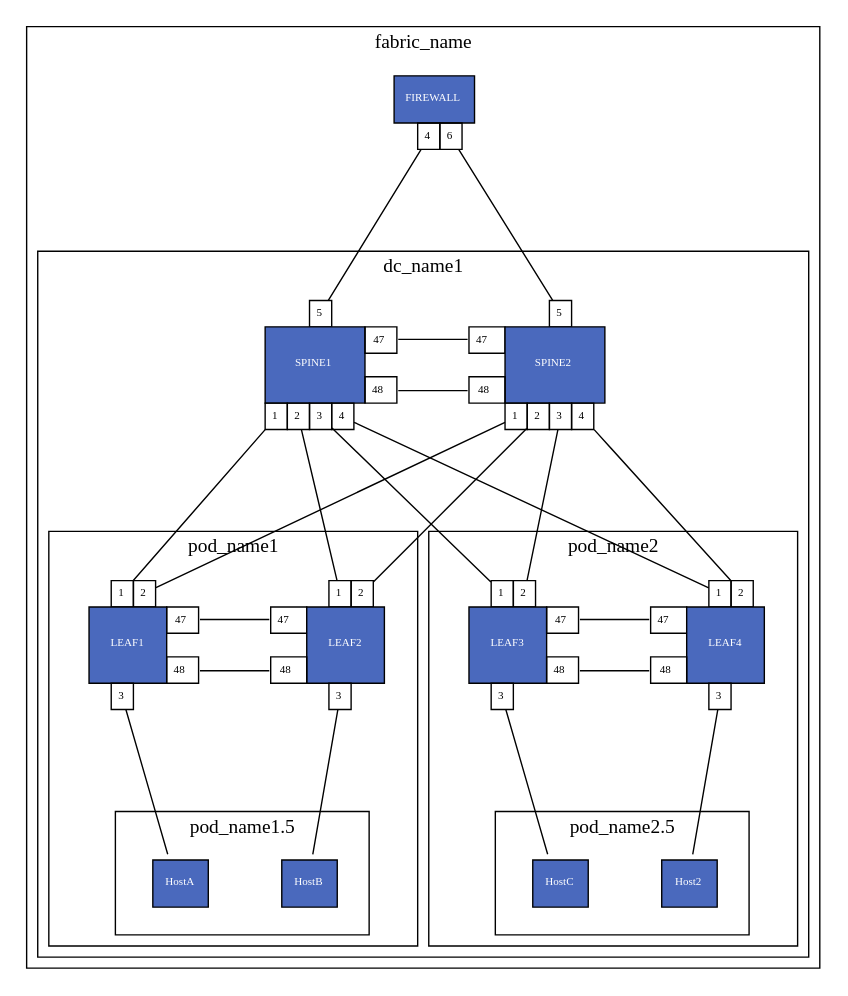
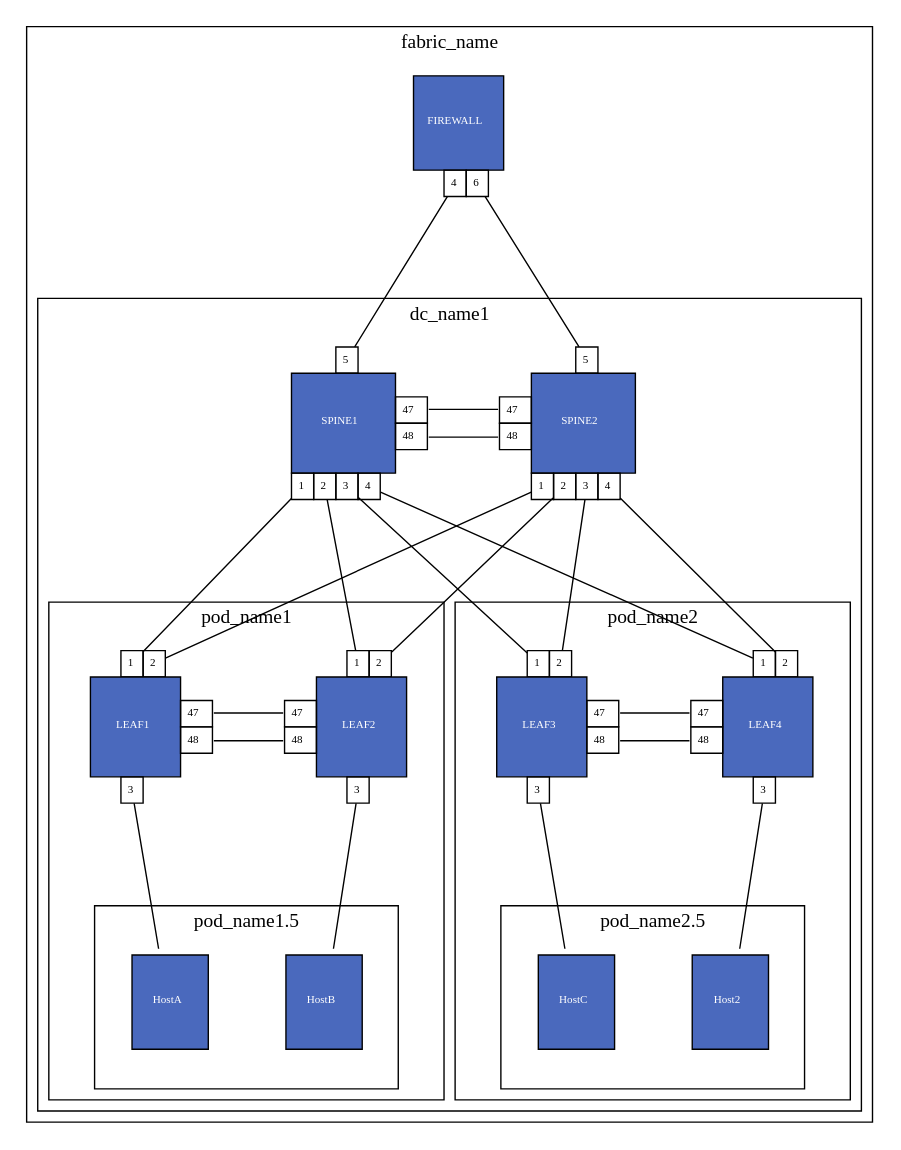
One commit to KonikaChaurasiya-GSLab/ansible-avd changed the diagram in ansible_collections/arista/avd/roles/topology_generator/tasks/topology.gv. Above: the diagram before and after it, drawn with Graphviz. The commit also changed 44 other files, not shown here.

```diff
--- a/ansible_collections/arista/avd/roles/topology_generator/tasks/topology.gv
+++ b/ansible_collections/arista/avd/roles/topology_generator/tasks/topology.gv
@@ -9,7 +9,7 @@
 		labelloc=t
 		{
 			rank=same
-			FIREWALL [label=<<TABLE BORDER="0" CELLBORDER="1" CELLSPACING="0" CELLPADDING="4"><TR><TD  BORDER="0" > </TD><TD BGCOLOR="#4a69bd" COLSPAN="5" ROWSPAN="2"> <FONT COLOR="#ffffff">FIREWALL</FONT></TD><TD  BORDER="0" ></TD></TR><TR> <TD  BORDER="0" > </TD><TD BORDER="0" ></TD> </TR><TR><TD BORDER="0" ></TD><TD BORDER="0" ></TD><TD BORDER="0" ></TD><TD PORT="4">4</TD><TD PORT="6">6</TD><TD BORDER="0" ></TD><TD BORDER="0" ></TD></TR></TABLE>>]
+			FIREWALL [label=<<TABLE BORDER="0" CELLBORDER="1" CELLSPACING="0" CELLPADDING="4"><TR><TD  BORDER="0" > </TD><TD BGCOLOR="#4a69bd" COLSPAN="5" ROWSPAN="4"> <FONT COLOR="#ffffff">FIREWALL</FONT> </TD><TD  BORDER="0" > </TD></TR><TR> <TD  BORDER="0" > </TD><TD BORDER="0" > </TD> </TR><TR> <TD  BORDER="0" > </TD><TD BORDER="0" > </TD> </TR><TR> <TD  BORDER="0" > </TD><TD BORDER="0" > </TD> </TR><TR><TD BORDER="0" > </TD><TD BORDER="0" > </TD><TD BORDER="0" > </TD><TD PORT="4">4</TD><TD PORT="6">6</TD><TD BORDER="0" > </TD><TD BORDER="0" > </TD></TR></TABLE>>]
 		}
 		ranksep=0.7
 		subgraph cluster_child_dc_name1 {
@@ -17,8 +17,8 @@
 			labelloc=t
 			{
 				rank=same
-				SPINE1 [label=<<TABLE BORDER="0" CELLBORDER="1" CELLSPACING="0" CELLPADDING="4"><TR><TD BORDER="0" ></TD><TD BORDER="0" ></TD><TD BORDER="0" ></TD><TD PORT="5">5</TD><TD BORDER="0" ></TD><TD BORDER="0" ></TD><TD BORDER="0" ></TD></TR><TR><TD  BORDER="0" >  </TD><TD BGCOLOR="#4a69bd" COLSPAN="5" ROWSPAN="3"> <FONT COLOR="#ffffff">SPINE1</FONT></TD><TD PORT="47" >47</TD></TR><TR> <TD  BORDER="0" > </TD><TD BORDER="0" ></TD> </TR><TR> <TD BORDER="0" ></TD> <TD PORT="48" > 48</TD></TR><TR><TD BORDER="0" ></TD><TD PORT="1">1</TD><TD PORT="2">2</TD><TD PORT="3">3</TD><TD PORT="4">4</TD><TD BORDER="0" ></TD><TD BORDER="0" ></TD></TR></TABLE>>]
-				SPINE2 [label=<<TABLE BORDER="0" CELLBORDER="1" CELLSPACING="0" CELLPADDING="4"><TR><TD BORDER="0" ></TD><TD BORDER="0" ></TD><TD BORDER="0" ></TD><TD PORT="5">5</TD><TD BORDER="0" ></TD><TD BORDER="0" ></TD><TD BORDER="0" ></TD></TR><TR><TD PORT="47" > 47 </TD><TD BGCOLOR="#4a69bd" COLSPAN="5" ROWSPAN="3"> <FONT COLOR="#ffffff">SPINE2</FONT></TD><TD  BORDER="0" ></TD></TR><TR> <TD  BORDER="0" > </TD><TD BORDER="0" ></TD> </TR><TR> <TD PORT="48" > 48</TD><TD BORDER="0" ></TD> </TR><TR><TD BORDER="0" ></TD><TD PORT="1">1</TD><TD PORT="2">2</TD><TD PORT="3">3</TD><TD PORT="4">4</TD><TD BORDER="0" ></TD><TD BORDER="0" ></TD></TR></TABLE>>]
+				SPINE1 [label=<<TABLE BORDER="0" CELLBORDER="1" CELLSPACING="0" CELLPADDING="4"><TR><TD BORDER="0" > </TD><TD BORDER="0" > </TD><TD BORDER="0" > </TD><TD PORT="5">5</TD><TD BORDER="0" > </TD><TD BORDER="0" > </TD><TD BORDER="0" > </TD></TR><TR><TD  BORDER="0" >  </TD><TD BGCOLOR="#4a69bd" COLSPAN="5" ROWSPAN="4"> <FONT COLOR="#ffffff">SPINE1</FONT> </TD><TD BORDER="0" > </TD></TR><TR> <TD BORDER="0" > </TD> <TD PORT="47" > 47</TD></TR><TR> <TD BORDER="0" > </TD> <TD PORT="48" > 48</TD></TR><TR> <TD  BORDER="0" > </TD><TD BORDER="0" > </TD> </TR><TR><TD BORDER="0" > </TD><TD PORT="1">1</TD><TD PORT="2">2</TD><TD PORT="3">3</TD><TD PORT="4">4</TD><TD BORDER="0" > </TD><TD BORDER="0" > </TD></TR></TABLE>>]
+				SPINE2 [label=<<TABLE BORDER="0" CELLBORDER="1" CELLSPACING="0" CELLPADDING="4"><TR><TD BORDER="0" > </TD><TD BORDER="0" > </TD><TD BORDER="0" > </TD><TD PORT="5">5</TD><TD BORDER="0" > </TD><TD BORDER="0" > </TD><TD BORDER="0" > </TD></TR><TR><TD BORDER="0" > </TD><TD BGCOLOR="#4a69bd" COLSPAN="5" ROWSPAN="4"> <FONT COLOR="#ffffff">SPINE2</FONT> </TD><TD  BORDER="0" > </TD></TR><TR> <TD PORT="47" > 47</TD><TD BORDER="0" > </TD> </TR><TR> <TD PORT="48" > 48</TD><TD BORDER="0" > </TD> </TR><TR> <TD  BORDER="0" > </TD><TD BORDER="0" > </TD> </TR><TR><TD BORDER="0" > </TD><TD PORT="1">1</TD><TD PORT="2">2</TD><TD PORT="3">3</TD><TD PORT="4">4</TD><TD BORDER="0" > </TD><TD BORDER="0" > </TD></TR></TABLE>>]
 			}
 			ranksep=0.7
 			subgraph cluster_child_pod_name1 {
@@ -26,8 +26,8 @@
 				labelloc=t
 				{
 					rank=same
-					LEAF1 [label=<<TABLE BORDER="0" CELLBORDER="1" CELLSPACING="0" CELLPADDING="4"><TR><TD BORDER="0" ></TD><TD BORDER="0" ></TD><TD BORDER="0" ></TD><TD PORT="1">1</TD><TD PORT="2">2</TD><TD BORDER="0" ></TD><TD BORDER="0" ></TD></TR><TR><TD  BORDER="0" >  </TD><TD BGCOLOR="#4a69bd" COLSPAN="5" ROWSPAN="3"> <FONT COLOR="#ffffff">LEAF1</FONT></TD><TD PORT="47" >47</TD></TR><TR> <TD  BORDER="0" > </TD><TD BORDER="0" ></TD> </TR><TR> <TD BORDER="0" ></TD> <TD PORT="48" > 48</TD></TR><TR><TD BORDER="0" ></TD><TD BORDER="0" ></TD><TD BORDER="0" ></TD><TD PORT="3">3</TD><TD BORDER="0" ></TD><TD BORDER="0" ></TD><TD BORDER="0" ></TD></TR></TABLE>>]
-					LEAF2 [label=<<TABLE BORDER="0" CELLBORDER="1" CELLSPACING="0" CELLPADDING="4"><TR><TD BORDER="0" ></TD><TD BORDER="0" ></TD><TD BORDER="0" ></TD><TD PORT="1">1</TD><TD PORT="2">2</TD><TD BORDER="0" ></TD><TD BORDER="0" ></TD></TR><TR><TD PORT="47" > 47 </TD><TD BGCOLOR="#4a69bd" COLSPAN="5" ROWSPAN="3"> <FONT COLOR="#ffffff">LEAF2</FONT></TD><TD  BORDER="0" ></TD></TR><TR> <TD  BORDER="0" > </TD><TD BORDER="0" ></TD> </TR><TR> <TD PORT="48" > 48</TD><TD BORDER="0" ></TD> </TR><TR><TD BORDER="0" ></TD><TD BORDER="0" ></TD><TD BORDER="0" ></TD><TD PORT="3">3</TD><TD BORDER="0" ></TD><TD BORDER="0" ></TD><TD BORDER="0" ></TD></TR></TABLE>>]
+					LEAF1 [label=<<TABLE BORDER="0" CELLBORDER="1" CELLSPACING="0" CELLPADDING="4"><TR><TD BORDER="0" > </TD><TD BORDER="0" > </TD><TD BORDER="0" > </TD><TD PORT="1">1</TD><TD PORT="2">2</TD><TD BORDER="0" > </TD><TD BORDER="0" > </TD></TR><TR><TD  BORDER="0" >  </TD><TD BGCOLOR="#4a69bd" COLSPAN="5" ROWSPAN="4"> <FONT COLOR="#ffffff">LEAF1</FONT> </TD><TD BORDER="0" > </TD></TR><TR> <TD BORDER="0" > </TD> <TD PORT="47" > 47</TD></TR><TR> <TD BORDER="0" > </TD> <TD PORT="48" > 48</TD></TR><TR> <TD  BORDER="0" > </TD><TD BORDER="0" > </TD> </TR><TR><TD BORDER="0" > </TD><TD BORDER="0" > </TD><TD BORDER="0" > </TD><TD PORT="3">3</TD><TD BORDER="0" > </TD><TD BORDER="0" > </TD><TD BORDER="0" > </TD></TR></TABLE>>]
+					LEAF2 [label=<<TABLE BORDER="0" CELLBORDER="1" CELLSPACING="0" CELLPADDING="4"><TR><TD BORDER="0" > </TD><TD BORDER="0" > </TD><TD BORDER="0" > </TD><TD PORT="1">1</TD><TD PORT="2">2</TD><TD BORDER="0" > </TD><TD BORDER="0" > </TD></TR><TR><TD BORDER="0" > </TD><TD BGCOLOR="#4a69bd" COLSPAN="5" ROWSPAN="4"> <FONT COLOR="#ffffff">LEAF2</FONT> </TD><TD  BORDER="0" > </TD></TR><TR> <TD PORT="47" > 47</TD><TD BORDER="0" > </TD> </TR><TR> <TD PORT="48" > 48</TD><TD BORDER="0" > </TD> </TR><TR> <TD  BORDER="0" > </TD><TD BORDER="0" > </TD> </TR><TR><TD BORDER="0" > </TD><TD BORDER="0" > </TD><TD BORDER="0" > </TD><TD PORT="3">3</TD><TD BORDER="0" > </TD><TD BORDER="0" > </TD><TD BORDER="0" > </TD></TR></TABLE>>]
 				}
 				ranksep=0.7
 				subgraph "cluster_child_pod_name1.5" {
@@ -35,8 +35,8 @@
 					labelloc=t
 					{
 						rank=same
-						HostA [label=<<TABLE BORDER="0" CELLBORDER="1" CELLSPACING="0" CELLPADDING="4"><TR><TD  BORDER="0" > </TD><TD BGCOLOR="#4a69bd" COLSPAN="5" ROWSPAN="2"> <FONT COLOR="#ffffff">HostA</FONT></TD><TD  BORDER="0" ></TD></TR><TR> <TD  BORDER="0" > </TD><TD BORDER="0" ></TD> </TR><TR><TD BORDER="0" ></TD><TD BORDER="0" ></TD><TD BORDER="0" ></TD><TD BORDER="0" ></TD><TD BORDER="0" ></TD><TD BORDER="0" ></TD><TD BORDER="0" ></TD></TR></TABLE>>]
-						HostB [label=<<TABLE BORDER="0" CELLBORDER="1" CELLSPACING="0" CELLPADDING="4"><TR><TD  BORDER="0" > </TD><TD BGCOLOR="#4a69bd" COLSPAN="5" ROWSPAN="2"> <FONT COLOR="#ffffff">HostB</FONT></TD><TD  BORDER="0" ></TD></TR><TR> <TD  BORDER="0" > </TD><TD BORDER="0" ></TD> </TR><TR><TD BORDER="0" ></TD><TD BORDER="0" ></TD><TD BORDER="0" ></TD><TD BORDER="0" ></TD><TD BORDER="0" ></TD><TD BORDER="0" ></TD><TD BORDER="0" ></TD></TR></TABLE>>]
+						HostA [label=<<TABLE BORDER="0" CELLBORDER="1" CELLSPACING="0" CELLPADDING="4"><TR><TD  BORDER="0" > </TD><TD BGCOLOR="#4a69bd" COLSPAN="5" ROWSPAN="4"> <FONT COLOR="#ffffff">HostA</FONT> </TD><TD  BORDER="0" > </TD></TR><TR> <TD  BORDER="0" > </TD><TD BORDER="0" > </TD> </TR><TR> <TD  BORDER="0" > </TD><TD BORDER="0" > </TD> </TR><TR> <TD  BORDER="0" > </TD><TD BORDER="0" > </TD> </TR><TR><TD BORDER="0" > </TD><TD BORDER="0" > </TD><TD BORDER="0" > </TD><TD BORDER="0" > </TD><TD BORDER="0" > </TD><TD BORDER="0" > </TD><TD BORDER="0" > </TD></TR></TABLE>>]
+						HostB [label=<<TABLE BORDER="0" CELLBORDER="1" CELLSPACING="0" CELLPADDING="4"><TR><TD  BORDER="0" > </TD><TD BGCOLOR="#4a69bd" COLSPAN="5" ROWSPAN="4"> <FONT COLOR="#ffffff">HostB</FONT> </TD><TD  BORDER="0" > </TD></TR><TR> <TD  BORDER="0" > </TD><TD BORDER="0" > </TD> </TR><TR> <TD  BORDER="0" > </TD><TD BORDER="0" > </TD> </TR><TR> <TD  BORDER="0" > </TD><TD BORDER="0" > </TD> </TR><TR><TD BORDER="0" > </TD><TD BORDER="0" > </TD><TD BORDER="0" > </TD><TD BORDER="0" > </TD><TD BORDER="0" > </TD><TD BORDER="0" > </TD><TD BORDER="0" > </TD></TR></TABLE>>]
 					}
 				}
 			}
@@ -46,8 +46,8 @@
 				labelloc=t
 				{
 					rank=same
-					LEAF3 [label=<<TABLE BORDER="0" CELLBORDER="1" CELLSPACING="0" CELLPADDING="4"><TR><TD BORDER="0" ></TD><TD BORDER="0" ></TD><TD BORDER="0" ></TD><TD PORT="1">1</TD><TD PORT="2">2</TD><TD BORDER="0" ></TD><TD BORDER="0" ></TD></TR><TR><TD  BORDER="0" >  </TD><TD BGCOLOR="#4a69bd" COLSPAN="5" ROWSPAN="3"> <FONT COLOR="#ffffff">LEAF3</FONT></TD><TD PORT="47" >47</TD></TR><TR> <TD  BORDER="0" > </TD><TD BORDER="0" ></TD> </TR><TR> <TD BORDER="0" ></TD> <TD PORT="48" > 48</TD></TR><TR><TD BORDER="0" ></TD><TD BORDER="0" ></TD><TD BORDER="0" ></TD><TD PORT="3">3</TD><TD BORDER="0" ></TD><TD BORDER="0" ></TD><TD BORDER="0" ></TD></TR></TABLE>>]
-					LEAF4 [label=<<TABLE BORDER="0" CELLBORDER="1" CELLSPACING="0" CELLPADDING="4"><TR><TD BORDER="0" ></TD><TD BORDER="0" ></TD><TD BORDER="0" ></TD><TD PORT="1">1</TD><TD PORT="2">2</TD><TD BORDER="0" ></TD><TD BORDER="0" ></TD></TR><TR><TD PORT="47" > 47 </TD><TD BGCOLOR="#4a69bd" COLSPAN="5" ROWSPAN="3"> <FONT COLOR="#ffffff">LEAF4</FONT></TD><TD  BORDER="0" ></TD></TR><TR> <TD  BORDER="0" > </TD><TD BORDER="0" ></TD> </TR><TR> <TD PORT="48" > 48</TD><TD BORDER="0" ></TD> </TR><TR><TD BORDER="0" ></TD><TD BORDER="0" ></TD><TD BORDER="0" ></TD><TD PORT="3">3</TD><TD BORDER="0" ></TD><TD BORDER="0" ></TD><TD BORDER="0" ></TD></TR></TABLE>>]
+					LEAF3 [label=<<TABLE BORDER="0" CELLBORDER="1" CELLSPACING="0" CELLPADDING="4"><TR><TD BORDER="0" > </TD><TD BORDER="0" > </TD><TD BORDER="0" > </TD><TD PORT="1">1</TD><TD PORT="2">2</TD><TD BORDER="0" > </TD><TD BORDER="0" > </TD></TR><TR><TD  BORDER="0" >  </TD><TD BGCOLOR="#4a69bd" COLSPAN="5" ROWSPAN="4"> <FONT COLOR="#ffffff">LEAF3</FONT> </TD><TD BORDER="0" > </TD></TR><TR> <TD BORDER="0" > </TD> <TD PORT="47" > 47</TD></TR><TR> <TD BORDER="0" > </TD> <TD PORT="48" > 48</TD></TR><TR> <TD  BORDER="0" > </TD><TD BORDER="0" > </TD> </TR><TR><TD BORDER="0" > </TD><TD BORDER="0" > </TD><TD BORDER="0" > </TD><TD PORT="3">3</TD><TD BORDER="0" > </TD><TD BORDER="0" > </TD><TD BORDER="0" > </TD></TR></TABLE>>]
+					LEAF4 [label=<<TABLE BORDER="0" CELLBORDER="1" CELLSPACING="0" CELLPADDING="4"><TR><TD BORDER="0" > </TD><TD BORDER="0" > </TD><TD BORDER="0" > </TD><TD PORT="1">1</TD><TD PORT="2">2</TD><TD BORDER="0" > </TD><TD BORDER="0" > </TD></TR><TR><TD BORDER="0" > </TD><TD BGCOLOR="#4a69bd" COLSPAN="5" ROWSPAN="4"> <FONT COLOR="#ffffff">LEAF4</FONT> </TD><TD  BORDER="0" > </TD></TR><TR> <TD PORT="47" > 47</TD><TD BORDER="0" > </TD> </TR><TR> <TD PORT="48" > 48</TD><TD BORDER="0" > </TD> </TR><TR> <TD  BORDER="0" > </TD><TD BORDER="0" > </TD> </TR><TR><TD BORDER="0" > </TD><TD BORDER="0" > </TD><TD BORDER="0" > </TD><TD PORT="3">3</TD><TD BORDER="0" > </TD><TD BORDER="0" > </TD><TD BORDER="0" > </TD></TR></TABLE>>]
 				}
 				ranksep=0.7
 				subgraph "cluster_child_pod_name2.5" {
@@ -55,8 +55,8 @@
 					labelloc=t
 					{
 						rank=same
-						HostC [label=<<TABLE BORDER="0" CELLBORDER="1" CELLSPACING="0" CELLPADDING="4"><TR><TD  BORDER="0" > </TD><TD BGCOLOR="#4a69bd" COLSPAN="5" ROWSPAN="2"> <FONT COLOR="#ffffff">HostC</FONT></TD><TD  BORDER="0" ></TD></TR><TR> <TD  BORDER="0" > </TD><TD BORDER="0" ></TD> </TR><TR><TD BORDER="0" ></TD><TD BORDER="0" ></TD><TD BORDER="0" ></TD><TD BORDER="0" ></TD><TD BORDER="0" ></TD><TD BORDER="0" ></TD><TD BORDER="0" ></TD></TR></TABLE>>]
-						Host2 [label=<<TABLE BORDER="0" CELLBORDER="1" CELLSPACING="0" CELLPADDING="4"><TR><TD  BORDER="0" > </TD><TD BGCOLOR="#4a69bd" COLSPAN="5" ROWSPAN="2"> <FONT COLOR="#ffffff">Host2</FONT></TD><TD  BORDER="0" ></TD></TR><TR> <TD  BORDER="0" > </TD><TD BORDER="0" ></TD> </TR><TR><TD BORDER="0" ></TD><TD BORDER="0" ></TD><TD BORDER="0" ></TD><TD BORDER="0" ></TD><TD BORDER="0" ></TD><TD BORDER="0" ></TD><TD BORDER="0" ></TD></TR></TABLE>>]
+						HostC [label=<<TABLE BORDER="0" CELLBORDER="1" CELLSPACING="0" CELLPADDING="4"><TR><TD  BORDER="0" > </TD><TD BGCOLOR="#4a69bd" COLSPAN="5" ROWSPAN="4"> <FONT COLOR="#ffffff">HostC</FONT> </TD><TD  BORDER="0" > </TD></TR><TR> <TD  BORDER="0" > </TD><TD BORDER="0" > </TD> </TR><TR> <TD  BORDER="0" > </TD><TD BORDER="0" > </TD> </TR><TR> <TD  BORDER="0" > </TD><TD BORDER="0" > </TD> </TR><TR><TD BORDER="0" > </TD><TD BORDER="0" > </TD><TD BORDER="0" > </TD><TD BORDER="0" > </TD><TD BORDER="0" > </TD><TD BORDER="0" > </TD><TD BORDER="0" > </TD></TR></TABLE>>]
+						Host2 [label=<<TABLE BORDER="0" CELLBORDER="1" CELLSPACING="0" CELLPADDING="4"><TR><TD  BORDER="0" > </TD><TD BGCOLOR="#4a69bd" COLSPAN="5" ROWSPAN="4"> <FONT COLOR="#ffffff">Host2</FONT> </TD><TD  BORDER="0" > </TD></TR><TR> <TD  BORDER="0" > </TD><TD BORDER="0" > </TD> </TR><TR> <TD  BORDER="0" > </TD><TD BORDER="0" > </TD> </TR><TR> <TD  BORDER="0" > </TD><TD BORDER="0" > </TD> </TR><TR><TD BORDER="0" > </TD><TD BORDER="0" > </TD><TD BORDER="0" > </TD><TD BORDER="0" > </TD><TD BORDER="0" > </TD><TD BORDER="0" > </TD><TD BORDER="0" > </TD></TR></TABLE>>]
 					}
 				}
 			}
```
